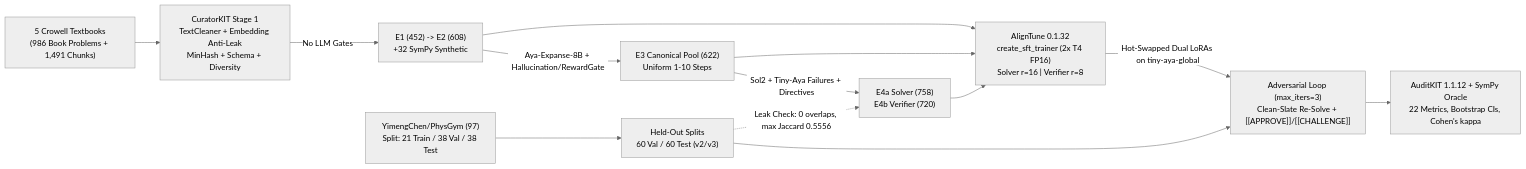
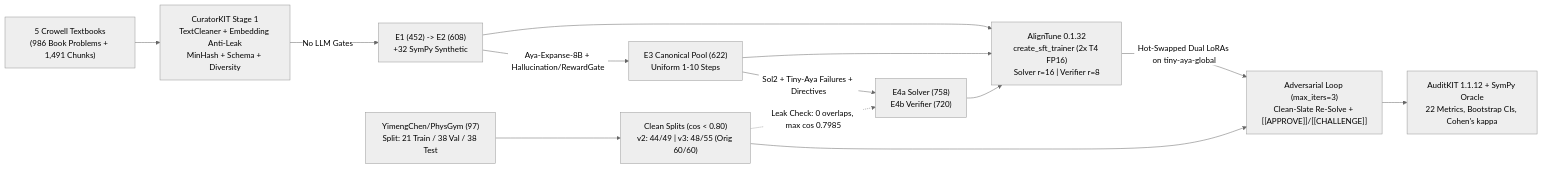
One commit to Vital-ar/adversarial_physics_problems_solver changed the diagram in docs/HACKATHON_WRITEUP.md. Above: the diagram before and after it, drawn with Mermaid (neutral theme). The commit also changed other lines of this file and 20 other files, not shown here.

Commit message:
Enforce <0.80 MiniLM anti-leak splits and publish dual Table 1/Table 2 reports

````diff
--- a/docs/HACKATHON_WRITEUP.md
+++ b/docs/HACKATHON_WRITEUP.md
@@ -87,15 +87,15 @@
 ```mermaid
 flowchart LR
-    PG["YimengChen/PhysGym (97)<br/>Split: 21 Train / 38 Val / 38 Test"] --> PG_S["Held-Out Splits<br/>60 Val / 60 Test (v2/v3)"]
+    PG["YimengChen/PhysGym (97)<br/>Split: 21 Train / 38 Val / 38 Test"] --> PG_S["Clean Splits (cos < 0.80)<br/>v2: 44/49 | v3: 48/55 (Orig 60/60)"]
     BK["5 Crowell Textbooks<br/>(986 Book Problems + 1,491 Chunks)"] --> CK1["CuratorKIT Stage 1<br/>TextCleaner + Embedding Anti-Leak<br/>MinHash + Schema + Diversity"]
     CK1 -->|No LLM Gates| E1E2["E1 (452) -> E2 (608)<br/>+32 SymPy Synthetic"]
     E1E2 -->|Aya-Expanse-8B + Hallucination/RewardGate| E3["E3 Canonical Pool (622)<br/>Uniform 1-10 Steps"]
     E3 -->|Sol2 + Tiny-Aya Failures + Directives| E4DS["E4a Solver (758)<br/>E4b Verifier (720)"]
-    PG_S -.->|"Leak Check: 0 overlaps, max Jaccard 0.5556"| E4DS
+    PG_S -.->|"Leak Check: 0 overlaps, max cos 0.7985"| E4DS
     E1E2 --> AT["AlignTune 0.1.32<br/>create_sft_trainer (2x T4 FP16)<br/>Solver r=16 | Verifier r=8"]
     E3 --> AT
     E4DS --> AT
     AT -->|Hot-Swapped Dual LoRAs on tiny-aya-global| LOOP["Adversarial Loop (max_iters=3)<br/>Clean-Slate Re-Solve + [[APPROVE]]/[[CHALLENGE]]"]
     PG_S --> LOOP
     LOOP --> AK["AuditKIT 1.1.12 + SymPy Oracle<br/>22 Metrics, Bootstrap CIs, Cohen's kappa"]
 ```
````
